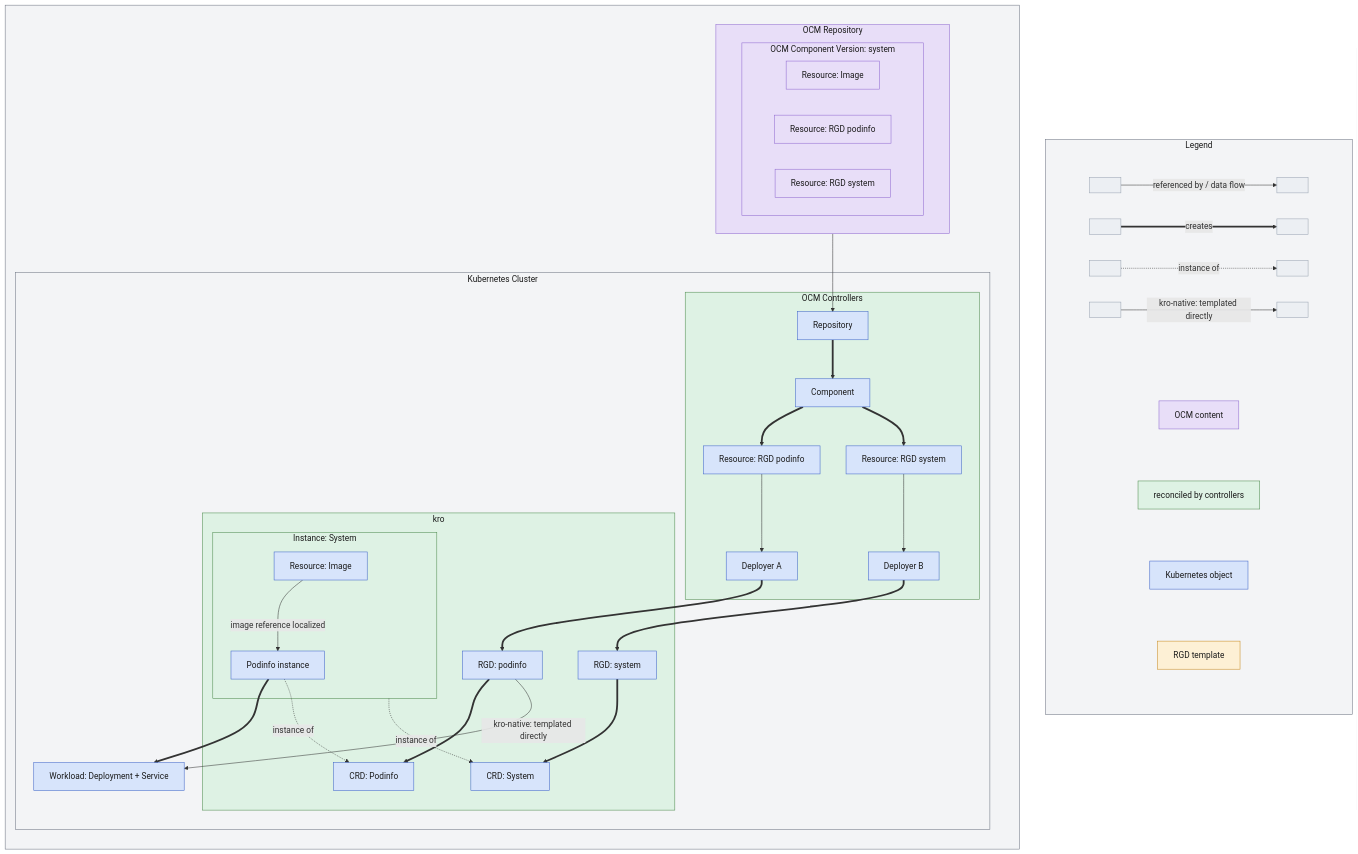
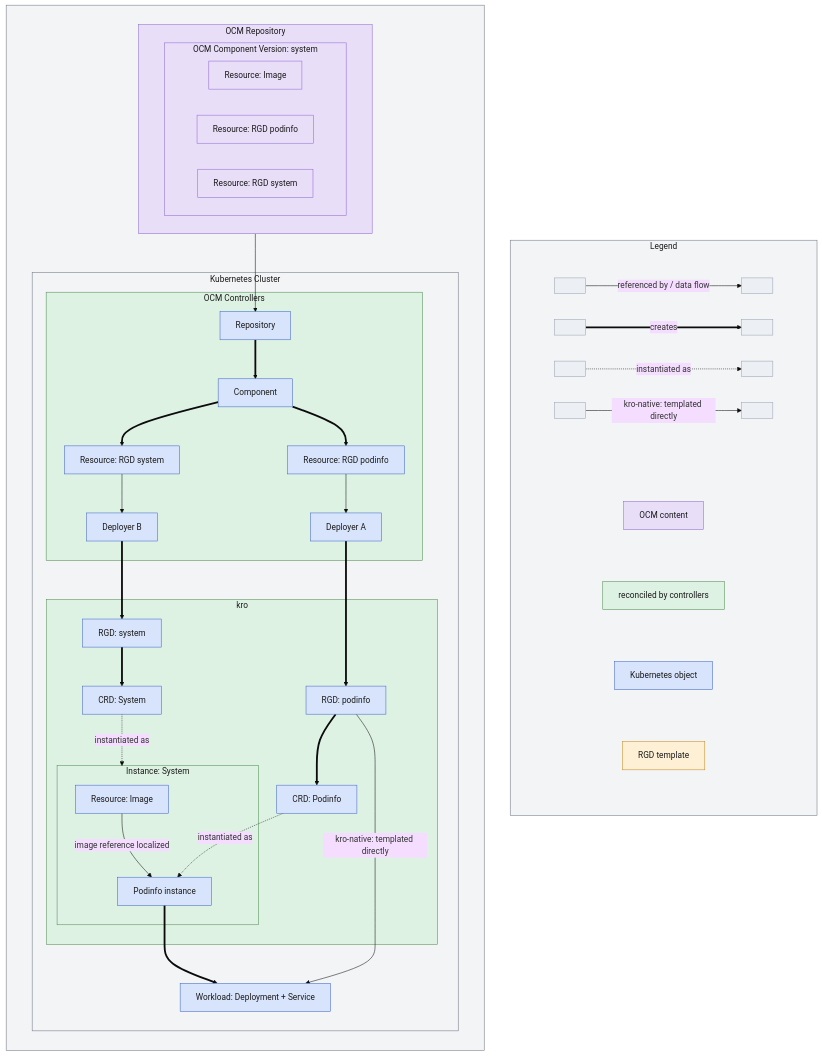
One commit to open-component-model/open-component-model changed the diagram in website/content/docs/tutorials/deploy-inline-manifests.md. Above: the diagram before and after it, drawn with Mermaid. The commit also changed 1 other file, not shown here.

Commit message:
docs(website): cross-link tutorials and fix mermaid dark mode
Link the Helm bootstrap tutorial to the inline-manifests tutorial (the
reverse link already exists), and pin the base theme on the inline
diagram so it renders as a consistent light card in dark mode, matching
the Helm diagram.

````diff
--- a/website/content/docs/tutorials/deploy-inline-manifests.md
+++ b/website/content/docs/tutorials/deploy-inline-manifests.md
@@ -83,5 +83,5 @@
 ```mermaid
-%%{init: {"flowchart": {"wrappingWidth": 320}}}%%
+%%{init: {"theme":"base", "flowchart": {"wrappingWidth": 320}}}%%
 flowchart TB
     subgraph legend[Legend]
         direction TB
@@ -89,7 +89,7 @@
             direction LR
             l1a[ ] -- referenced by / data flow --> l1b[ ]
             l2a[ ] == creates ==> l2b[ ]
-            l3a[ ] eLegDot@-. instance of .-> l3b[ ]
+            l3a[ ] eLegDot@-. instantiated as .-> l3b[ ]
             l4a[ ] eKroLeg@-- kro-native: templated directly --> l4b[ ]
         end
         subgraph boxes[ ]
@@ -143,8 +143,8 @@
         k8sDeployerB ==> rgdSystem
         rgdPodinfo ==> crdPodinfo
         rgdSystem ==> crdSystem
-        instanceSystem eInstSys@-. instance of .-> crdSystem
-        podinfoInstance eInstPod@-. instance of .-> crdPodinfo
+        crdSystem eInstSys@-. instantiated as .-> instanceSystem
+        crdPodinfo eInstPod@-. instantiated as .-> podinfoInstance
         rgdPodinfo eKnative@-- kro-native: templated directly --> workload
     end
 
````
